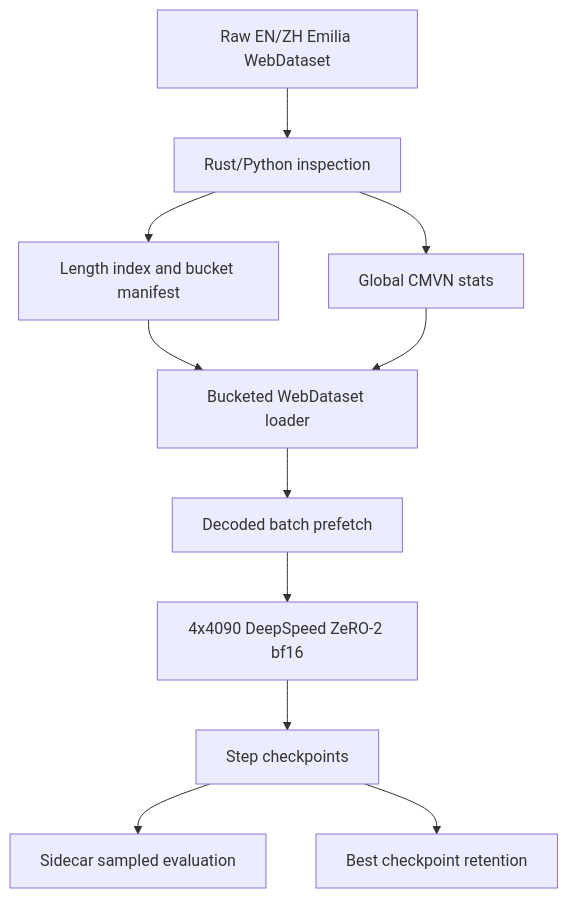
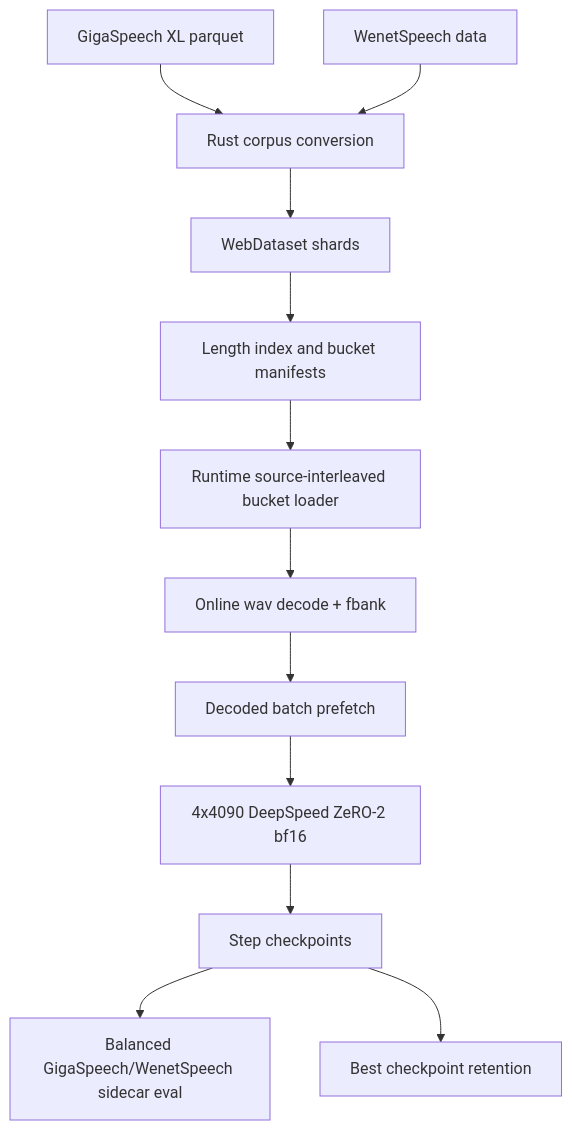
Before and after one commit to yynil/rwkvasr_longform_asr: the second of 3 diagrams in README.md, drawn with Mermaid. The commit also changed other lines of this file and 35 other files, not shown here.

````diff
--- a/README.md
+++ b/README.md
@@ -57,13 +57,14 @@
 ```mermaid
 flowchart TD
-    A[Raw EN/ZH Emilia WebDataset] --> B[Rust/Python inspection]
-    B --> C[Length index and bucket manifest]
-    B --> D[Global CMVN stats]
-    C --> E[Bucketed WebDataset loader]
-    D --> E
-    E --> F[Decoded batch prefetch]
-    F --> G[4x4090 DeepSpeed ZeRO-2 bf16]
-    G --> H[Step checkpoints]
-    H --> I[Sidecar sampled evaluation]
-    H --> J[Best checkpoint retention]
+    A1[GigaSpeech XL parquet] --> B[Rust corpus conversion]
+    A2[WenetSpeech data] --> B
+    B --> C[WebDataset shards]
+    C --> D[Length index and bucket manifests]
+    D --> E[Runtime source-interleaved bucket loader]
+    E --> F[Online wav decode + fbank]
+    F --> G[Decoded batch prefetch]
+    G --> H[4x4090 DeepSpeed ZeRO-2 bf16]
+    H --> I[Step checkpoints]
+    I --> J[Balanced GigaSpeech/WenetSpeech sidecar eval]
+    I --> K[Best checkpoint retention]
 ```
````
